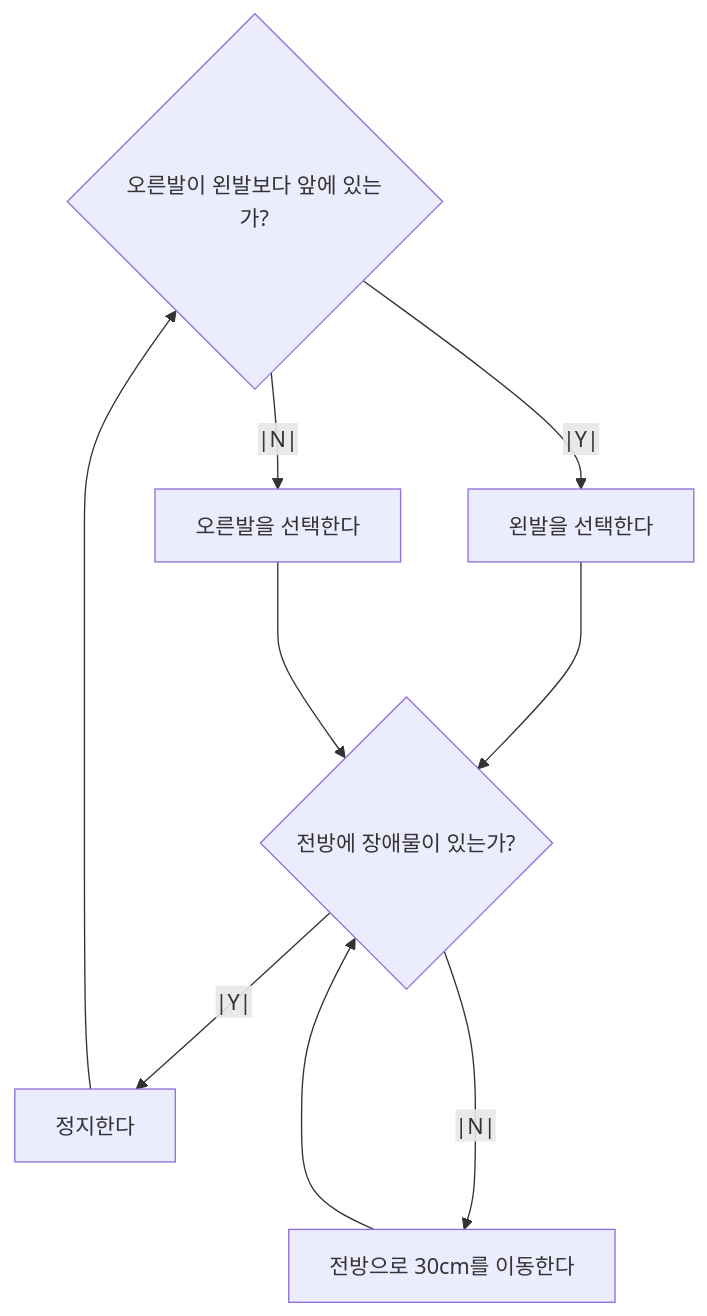
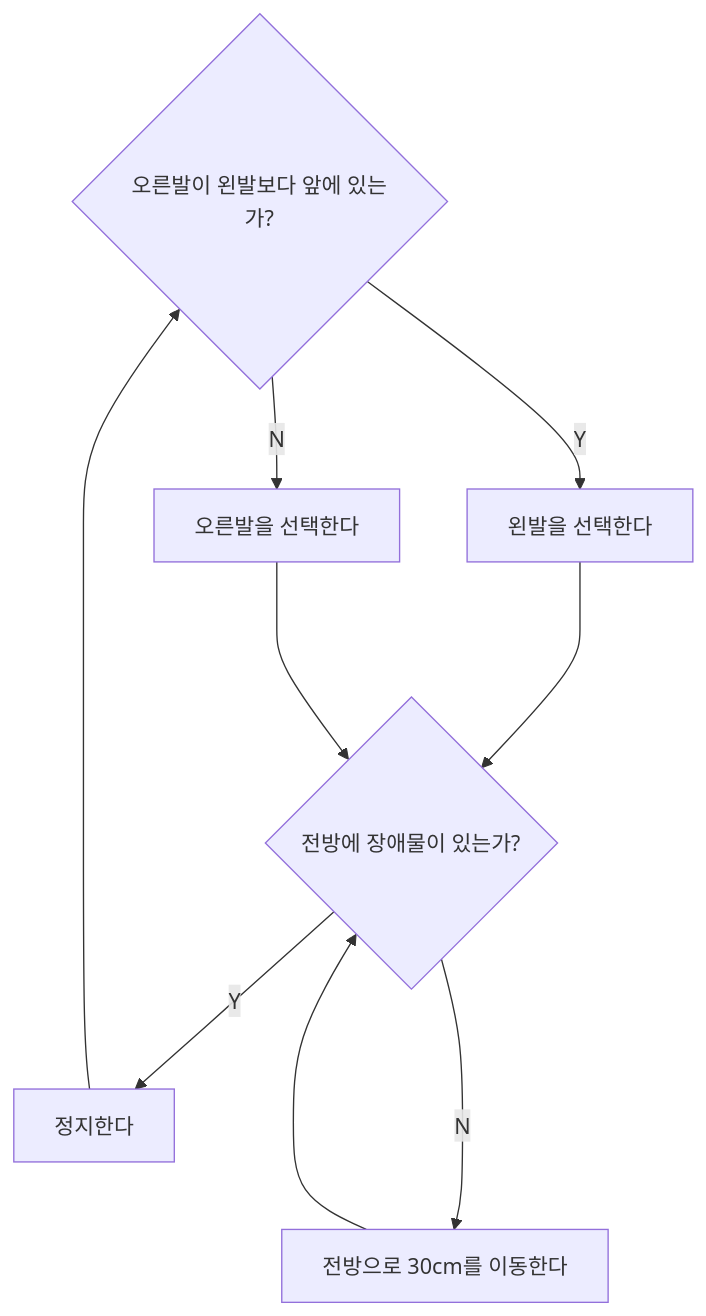
The first of 3 diagrams in src/01 프로그래밍/01.md (LeeHyeongTae/js_deepdive_study), drawn with Mermaid before and after one commit. The commit also changed other lines of this file, not shown here.

````diff
--- a/src/01 프로그래밍/01.md
+++ b/src/01 프로그래밍/01.md
@@ -10,18 +10,18 @@
 ```mermaid
     flowchart TD
         footPosition{오른발이 왼발보다 앞에 있는가?}
         block{전방에 장애물이 있는가?}
         stop[정지한다]
         go[전방으로 30cm를 이동한다]
         leftFoot[왼발을 선택한다]
         rightFoot[오른발을 선택한다]
         
-        footPosition --|Y|--> leftFoot
-        footPosition --|N|--> rightFoot
+        footPosition --Y--> leftFoot
+        footPosition --N--> rightFoot
         leftFoot ---> block
         rightFoot ---> block
-        block --|Y|--> stop
-        block --|N|--> go
+        block --Y--> stop
+        block --N--> go
         stop ---> footPosition
         go ---> block
 ```
````
